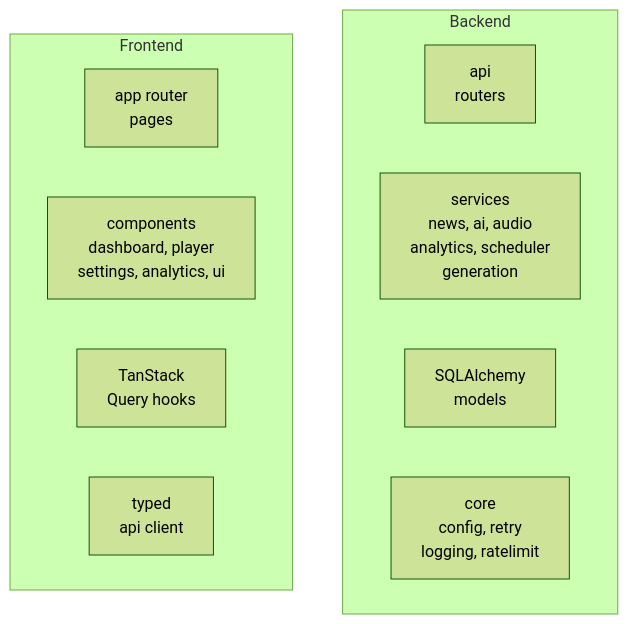
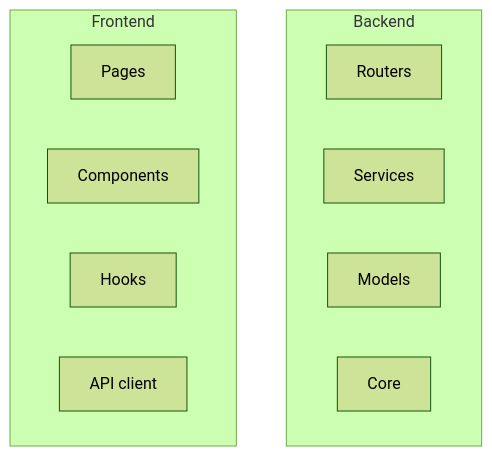
The second of 2 diagrams in README.md (Miles762/-Hardik-personal-podcast-generator), drawn with Mermaid (forest theme) before and after one commit. The commit also changed other lines of this file and 1 other file, not shown here.

Commit message:
Shorten Mermaid node labels so they render without clipping

````diff
--- a/README.md
+++ b/README.md
@@ -126,15 +126,15 @@
 ```mermaid
 flowchart TB
   subgraph Backend
-    api["api<br/>routers"]
-    services["services<br/>news, ai, audio<br/>analytics, scheduler<br/>generation"]
-    models["SQLAlchemy<br/>models"]
-    core["core<br/>config, retry<br/>logging, ratelimit"]
+    api["Routers"]
+    services["Services"]
+    models["Models"]
+    core["Core"]
   end
   subgraph Frontend
-    app["app router<br/>pages"]
-    comp["components<br/>dashboard, player<br/>settings, analytics, ui"]
-    hooks["TanStack<br/>Query hooks"]
-    lib["typed<br/>api client"]
+    app["Pages"]
+    comp["Components"]
+    hooks["Hooks"]
+    lib["API client"]
   end
 ```
````
